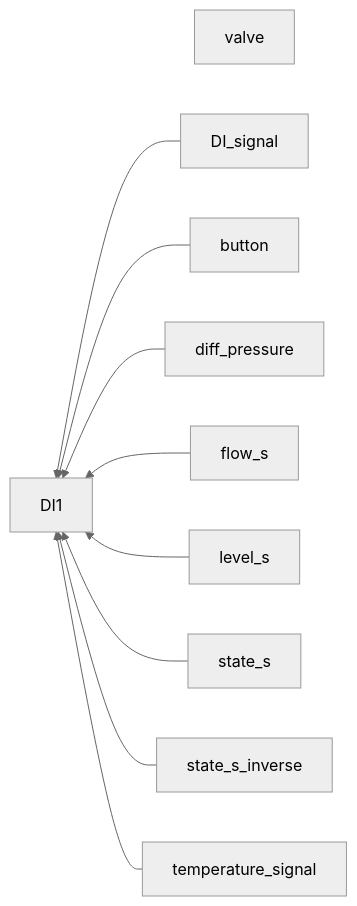
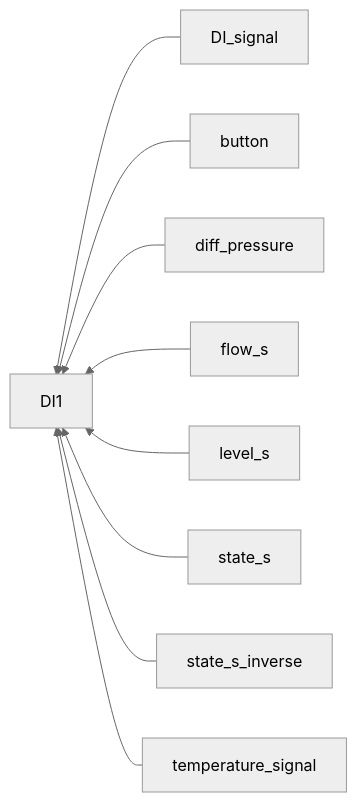
Before and after one commit to savushkin-r-d/ptusa_main: the eighth of 9 diagrams in readme.md, drawn with Mermaid (neutral theme).

Commit message:
Remove valve block

````diff
--- a/readme.md
+++ b/readme.md
@@ -149,12 +149,11 @@
 ```mermaid
 flowchart RL
-valve[valve]
     DI_signal-->DI1
     button-->DI1
     diff_pressure-->DI1
     flow_s-->DI1
     level_s-->DI1
     state_s-->DI1
     state_s_inverse-->DI1
     temperature_signal-->DI1
 ```
````
